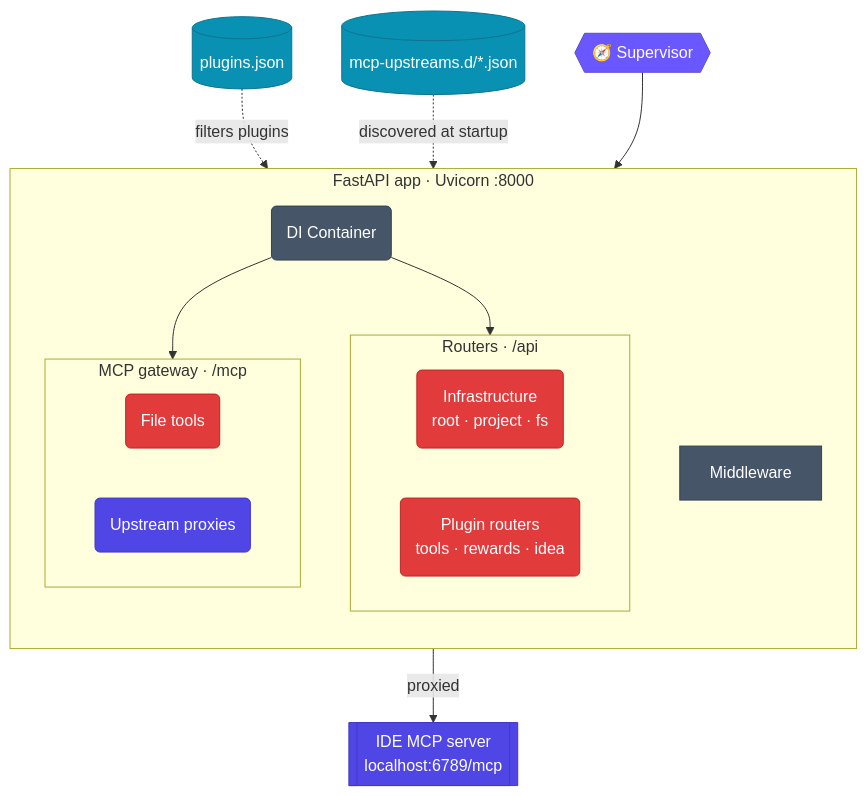
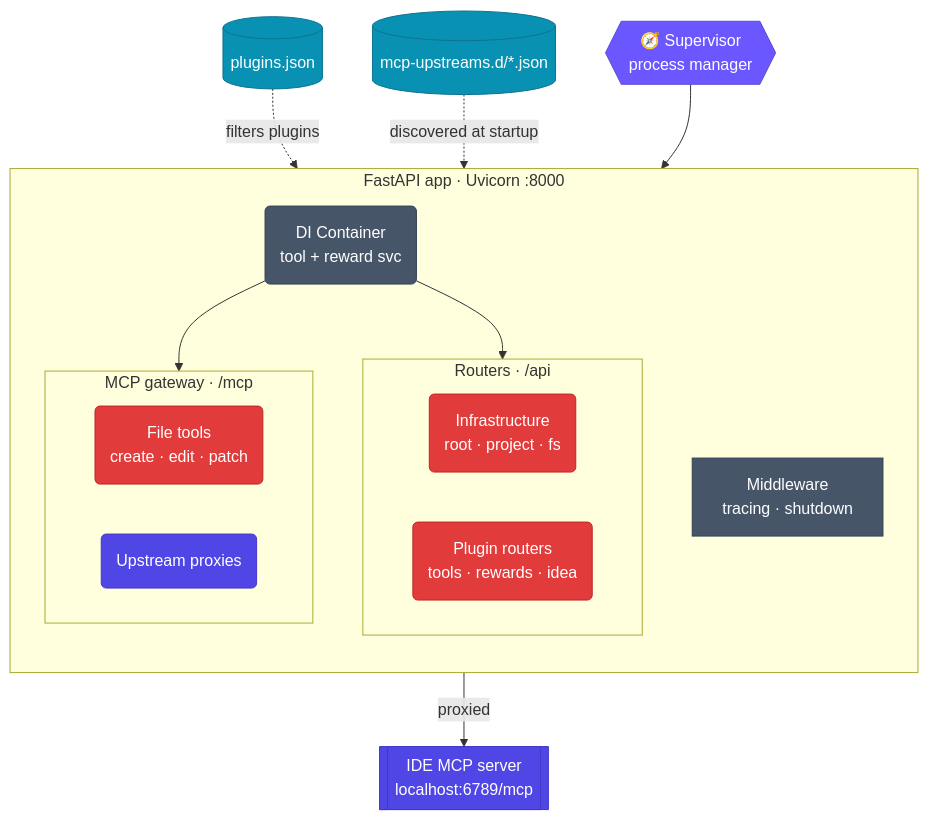
The diagram in website/docs/architecture/server.md (JetBrains-Research/idegym), drawn with Mermaid before and after one commit. The commit also changed other lines of this file and 5 other files, not shown here.

First line of the commit message:
[JBRes-9938] diagrams: restore trimmed labels + convert plugins ASCII to mermaid

````diff
--- a/website/docs/architecture/server.md
+++ b/website/docs/architecture/server.md
@@ -14,44 +14,44 @@
 ```mermaid
 flowchart TB
-    sup{{"🧭 Supervisor"}}:::ctrl
+    sup{{"🧭 Supervisor<br/>process manager"}}:::ctrl
 
     subgraph app["FastAPI app · Uvicorn :8000"]
         direction TB
-        mw["Middleware"]:::infra
-        di("DI Container"):::infra
+        mw["Middleware<br/>tracing · shutdown"]:::infra
+        di("DI Container<br/>tool + reward svc"):::infra
         subgraph routers["Routers · /api"]
             direction LR
             rinfra("Infrastructure<br/>root · project · fs"):::tool
             plug("Plugin routers<br/>tools · rewards · idea"):::tool
         end
         subgraph mcp["MCP gateway · /mcp"]
             direction LR
-            ftools("File tools"):::tool
+            ftools("File tools<br/>create · edit · patch"):::tool
             proxy("Upstream proxies"):::pod
         end
     end
 
     upstreams[("mcp-upstreams.d/*.json")]:::store
     pjson[("plugins.json")]:::store
     ide[["IDE MCP server<br/>localhost:6789/mcp"]]:::pod
 
     sup --> app
     pjson -.->|"filters plugins"| plug
     di --> plug
     di --> ftools
     upstreams -.->|"discovered at startup"| proxy
     proxy -->|"proxied"| ide
 
     click sup "https://github.com/JetBrains-Research/idegym/blob/main/supervisord.conf" "supervisord.conf"
     click rinfra "https://github.com/JetBrains-Research/idegym/blob/main/server/main.py" "server/main.py — app assembly"
     click plug "https://github.com/JetBrains-Research/idegym/blob/main/plugins/defaults/src/idegym/plugins/defaults/server.py" "default server plugins"
     click ftools "https://github.com/JetBrains-Research/idegym/blob/main/server/mcp_proxy.py" "MCP gateway source"
     click proxy "https://github.com/JetBrains-Research/idegym/blob/main/server/mcp_proxy.py" "MCP gateway source"
     click di "https://github.com/JetBrains-Research/idegym/blob/main/server/dependencies.py" "DI container source"
 
     classDef ctrl fill:#6b57ff,stroke:#5b4bd2,color:#fff;
     classDef infra fill:#475569,stroke:#334155,color:#fff;
     classDef tool fill:#e23b3b,stroke:#c02626,color:#fff;
     classDef pod fill:#4f46e5,stroke:#4338ca,color:#fff;
     classDef store fill:#0891b2,stroke:#0e7490,color:#fff;
 ```
````
